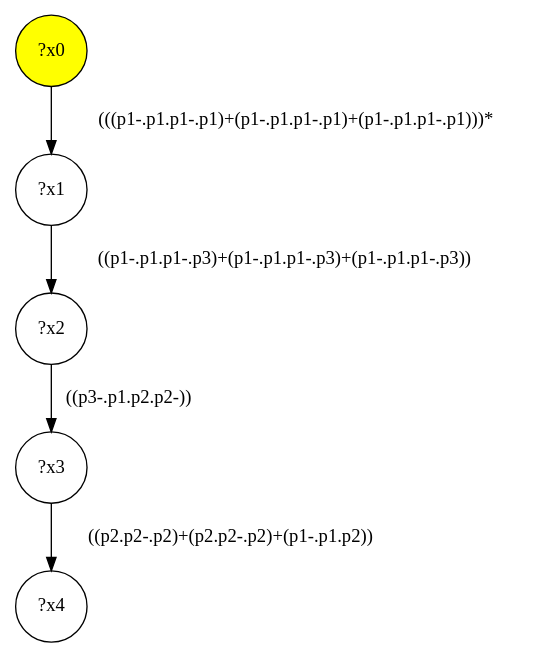
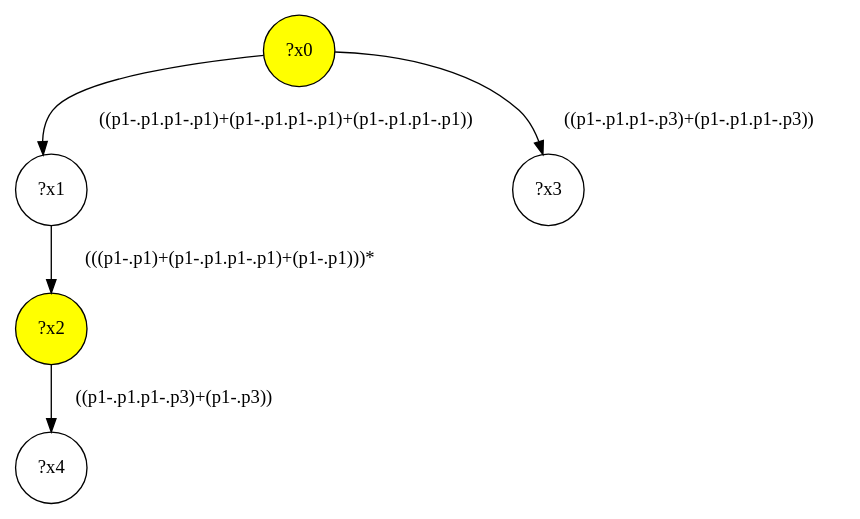
One commit to gbagan/gmark changed the diagram in src/queryinterface/interface-queries/query-35.dot. Above: the diagram before and after it, drawn with Graphviz. The commit also changed 150 other files, not shown here.

```diff
--- a/src/queryinterface/interface-queries/query-35.dot
+++ b/src/queryinterface/interface-queries/query-35.dot
@@ -1,11 +1,11 @@
 digraph g {
 	x0 [fillcolor="yellow", style="filled," shape=circle, label="?x0"];
+	x2 [fillcolor="yellow", style="filled," shape=circle, label="?x2"];
 	x1 [shape=circle, label="?x1"];
-	x0 -> x1 [label="(((p1-.p1.p1-.p1)+(p1-.p1.p1-.p1)+(p1-.p1.p1-.p1)))*"];
-	x2 [shape=circle, label="?x2"];
-	x1 -> x2 [label="((p1-.p1.p1-.p3)+(p1-.p1.p1-.p3)+(p1-.p1.p1-.p3))"];
+	x0 -> x1 [label="((p1-.p1.p1-.p1)+(p1-.p1.p1-.p1)+(p1-.p1.p1-.p1))"];
+	x1 -> x2 [label="(((p1-.p1)+(p1-.p1.p1-.p1)+(p1-.p1)))*"];
 	x3 [shape=circle, label="?x3"];
-	x2 -> x3 [label="((p3-.p1.p2.p2-))"];
+	x0 -> x3 [label="((p1-.p1.p1-.p3)+(p1-.p1.p1-.p3))"];
 	x4 [shape=circle, label="?x4"];
-	x3 -> x4 [label="((p2.p2-.p2)+(p2.p2-.p2)+(p1-.p1.p2))"];
+	x2 -> x4 [label="((p1-.p1.p1-.p3)+(p1-.p3))"];
 }
```
